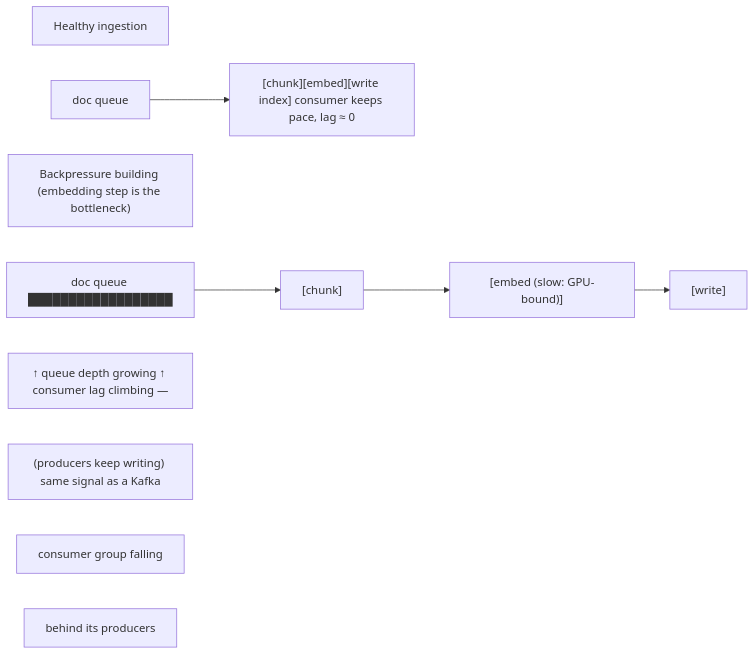
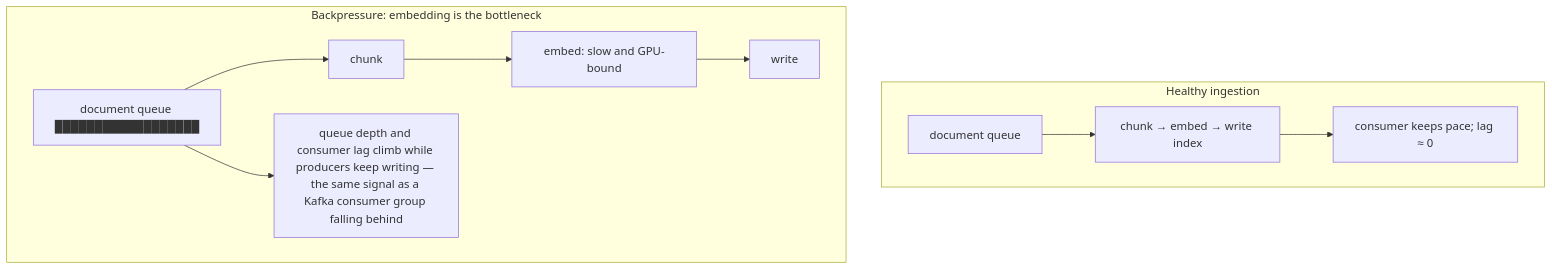
Before and after one commit to jithinpnjm/nvidia-devops: the second of 2 diagrams in docs/volume-05/15-senior-deep-dive-6-rag-vector-search-and-stateful-dependencies.md, drawn with Mermaid. The commit also changed other lines of this file and 99 other files, not shown here.

````diff
--- a/docs/volume-05/15-senior-deep-dive-6-rag-vector-search-and-stateful-dependencies.md
+++ b/docs/volume-05/15-senior-deep-dive-6-rag-vector-search-and-stateful-dependencies.md
@@ -44,20 +26,11 @@
 ```mermaid
-flowchart LR
-  %% Converted from the original ASCII diagram; source wording is preserved.
-  n0["Healthy ingestion"]
-  n1["doc queue"]
-  n2["[chunk][embed][write index] consumer keeps pace, lag ≈ 0"]
-  n3["Backpressure building (embedding step is the bottleneck)"]
-  n4["doc queue ██████████████████"]
-  n5["[chunk]"]
-  n6["[embed (slow: GPU-bound)]"]
-  n7["[write]"]
-  n8["↑ queue depth growing ↑ consumer lag climbing —"]
-  n9["(producers keep writing) same signal as a Kafka"]
-  n10["consumer group falling"]
-  n11["behind its producers"]
-  n1 --> n2
-  n4 --> n5
-  n5 --> n6
-  n6 --> n7
+flowchart TD
+  subgraph Healthy["Healthy ingestion"]
+    HQ["document queue"] --> HP["chunk → embed → write index"]
+    HP --> HN["consumer keeps pace; lag ≈ 0"]
+  end
+  subgraph Pressure["Backpressure: embedding is the bottleneck"]
+    BQ["document queue ██████████████████"] --> Chunk["chunk"] --> Embed["embed: slow and GPU-bound"] --> Write["write"]
+    BQ --> Signal["queue depth and consumer lag climb while producers keep writing — the same signal as a Kafka consumer group falling behind"]
+  end
 ```
````
